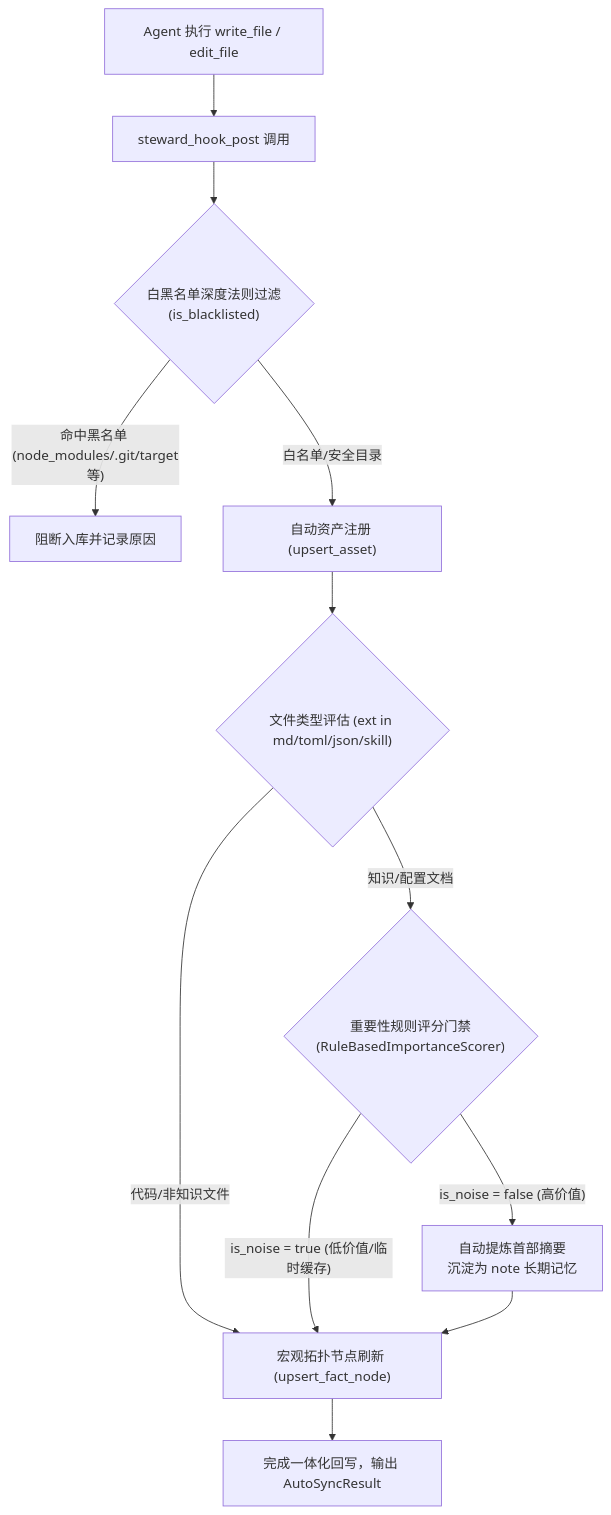
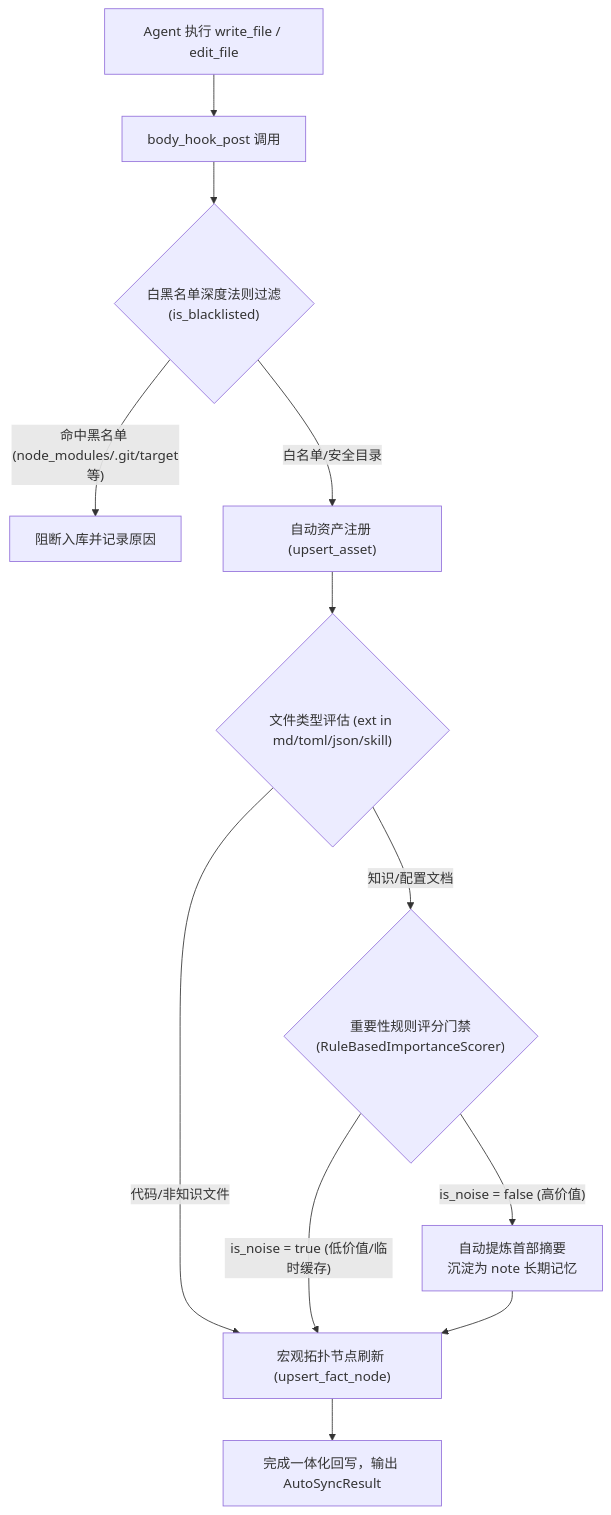
Before and after one commit to digoal/agent-body: the first of 2 diagrams in docs/manual/09-hooks-integration.md, drawn with Mermaid. The commit also changed other lines of this file and 111 other files, not shown here.

Commit message:
feat: rename project to agent-body across code, 43 MCP tools, Web UI, Hooks, Mesh, SKILLs, HTML & docs (#31)

````diff
--- a/docs/manual/09-hooks-integration.md
+++ b/docs/manual/09-hooks-integration.md
@@ -62,14 +62,14 @@
 ```mermaid
 flowchart TD
-    A["Agent 执行 write_file / edit_file"] --> B["steward_hook_post 调用"]
+    A["Agent 执行 write_file / edit_file"] --> B["body_hook_post 调用"]
     B --> C{"白黑名单深度法则过滤<br/>(is_blacklisted)"}
     C -- "命中黑名单 (node_modules/.git/target等)" --> D["阻断入库并记录原因"]
     C -- "白名单/安全目录" --> E["自动资产注册 (upsert_asset)"]
     E --> F{"文件类型评估 (ext in md/toml/json/skill)"}
     F -- "代码/非知识文件" --> H["宏观拓扑节点刷新 (upsert_fact_node)"]
     F -- "知识/配置文档" --> G{"重要性规则评分门禁<br/>(RuleBasedImportanceScorer)"}
     G -- "is_noise = true (低价值/临时缓存)" --> H
     G -- "is_noise = false (高价值)" --> I["自动提炼首部摘要<br/>沉淀为 note 长期记忆"]
     I --> H
     H --> J["完成一体化回写，输出 AutoSyncResult"]
 ```
````
